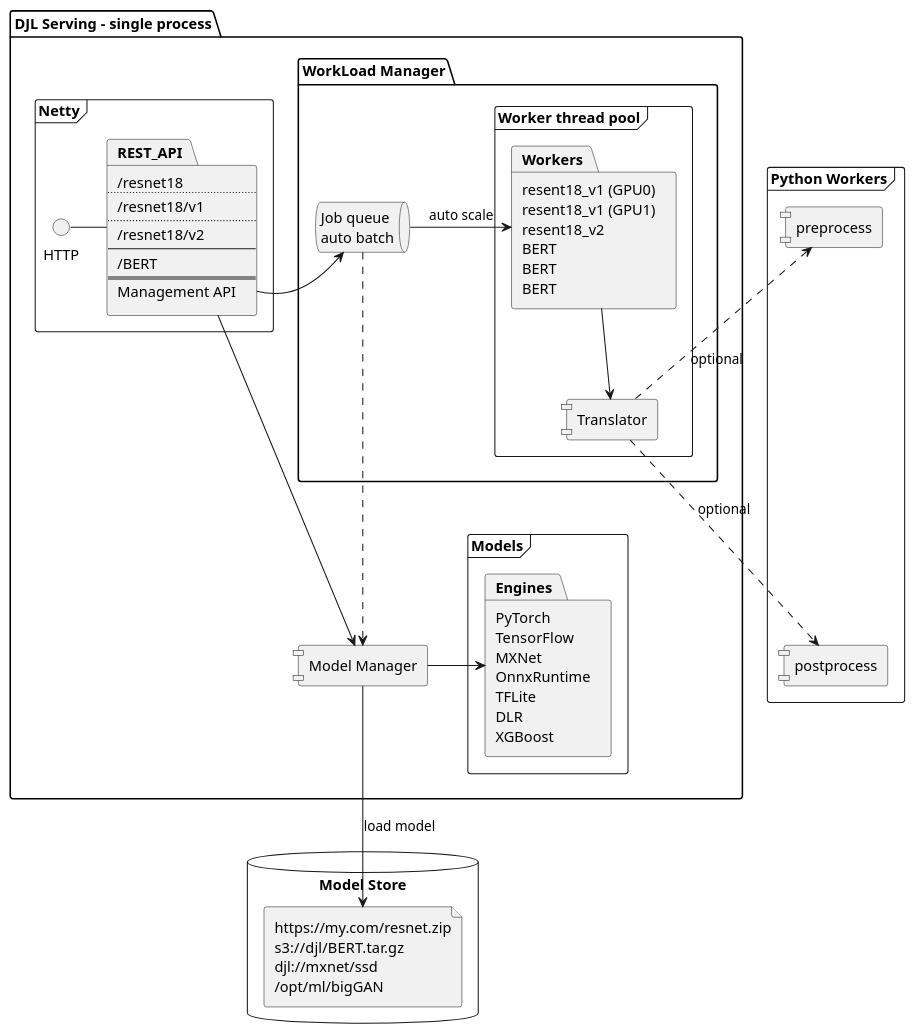
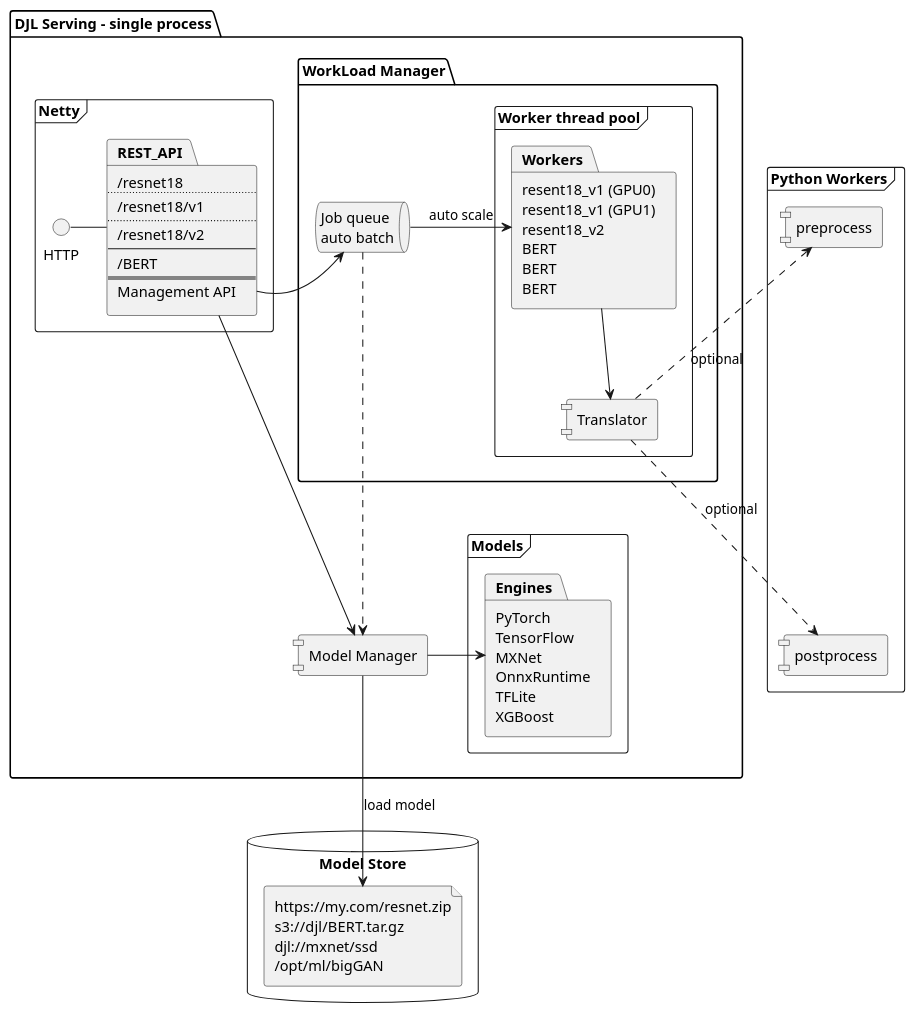
The diagram in serving/src/main/puml/architecture.puml (deepjavalibrary/djl-serving), drawn with PlantUML before and after one commit. The commit also changed 10 other files, not shown here.

```diff
--- a/serving/src/main/puml/architecture.puml
+++ b/serving/src/main/puml/architecture.puml
@@ -1,74 +1,73 @@
 @startuml
 skinparam componentStyle uml1
 
 database "Model Store" as ms {
     file URL [
         https://my.com/resnet.zip
         s3://djl/BERT.tar.gz
         djl://mxnet/ssd
         /opt/ml/bigGAN
     ]
 }
 
 package "DJL Serving - single process" {
     frame Netty {
         package REST_API [
             /resnet18
             ..
             /resnet18/v1
             ..
             /resnet18/v2
             --
             /BERT
             ===
             Management API
         ]
         HTTP - REST_API
     }
 
     package "WorkLoad Manager" as wlm {
     frame "Worker thread pool" as wp {
         package Workers [
             resent18_v1 (GPU0)
             resent18_v1 (GPU1)
             resent18_v2
             BERT
             BERT
             BERT
         ]
         [Translator]
     }
 
     queue "Job queue\nauto batch" as jq
     }
 
     [Model Manager] as mm
     frame Models {
         package Engines [
             PyTorch
             TensorFlow
             MXNet
             OnnxRuntime
             TFLite
-            DLR
             XGBoost
         ]
     }
 
     REST_API -> jq
     REST_API ---> mm
     jq -> Workers : auto scale
     jq ...> mm
     mm -right-> Engines
     Engines -[hidden]up- [Translator]
     Translator <-up- Workers
 }
 
 frame "Python Workers" {
     [preprocess] -[hidden]-- [postprocess]
 }
 
 mm -down-> URL : load model
 Translator -up.> preprocess : optional
 Translator -down.> postprocess : optional
 @enduml
```
